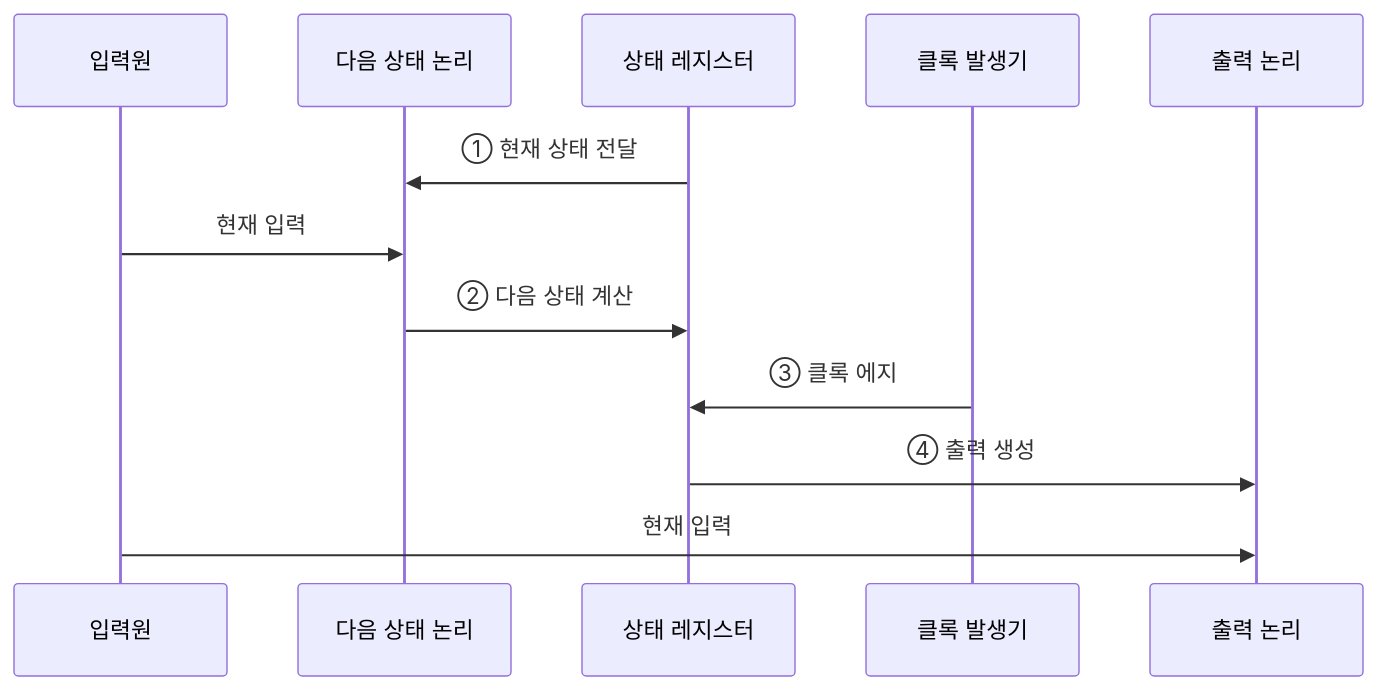
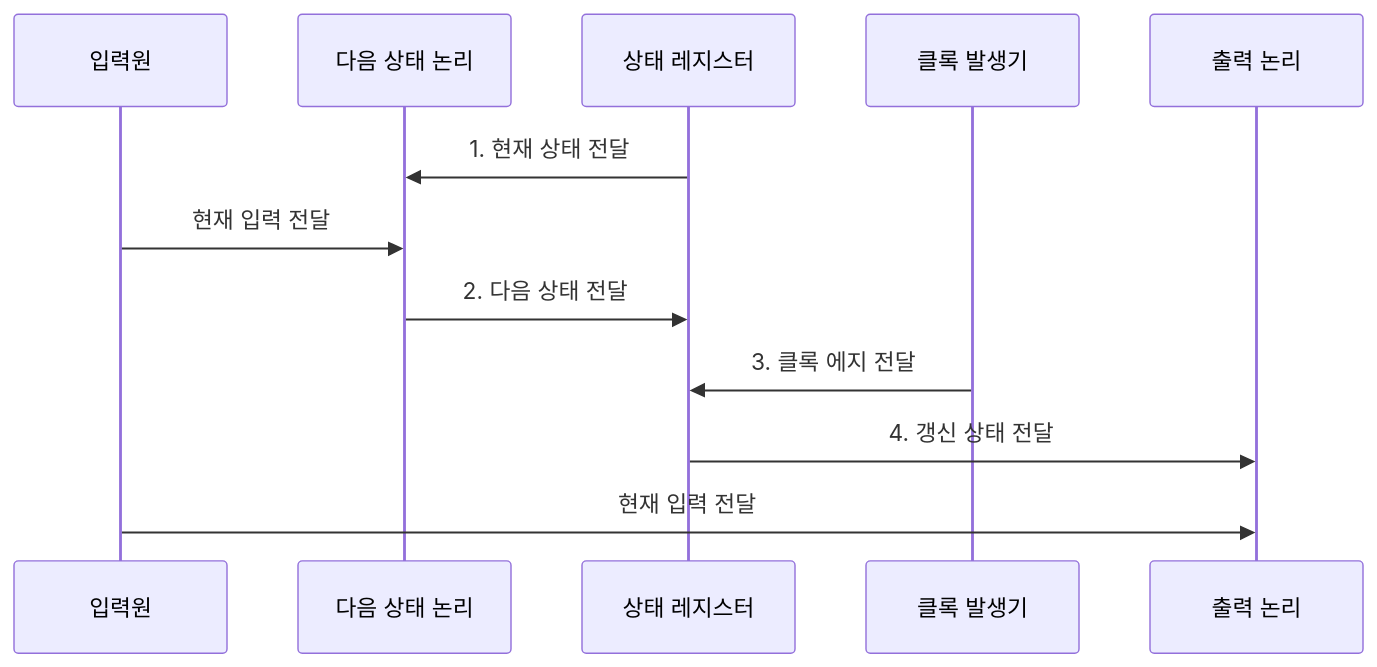
One commit to agnusdei1207/knowledge-base changed the second of 3 diagrams in src/content/docs/notes/01-basic-theory/027_sequential_logic.md. Above: the diagram before and after it, drawn with Mermaid. The commit also changed other lines of this file and 20 other files, not shown here.

````diff
--- a/src/content/docs/notes/01-basic-theory/027_sequential_logic.md
+++ b/src/content/docs/notes/01-basic-theory/027_sequential_logic.md
@@ -82,14 +80,14 @@
 ```mermaid
 sequenceDiagram
     participant I as 입력원
     participant N as 다음 상태 논리
     participant R as 상태 레지스터
     participant C as 클록 발생기
     participant O as 출력 논리
-    R->>N: ① 현재 상태 전달
-    I->>N: 현재 입력
-    N->>R: ② 다음 상태 계산
-    C->>R: ③ 클록 에지
-    R->>O: ④ 출력 생성
-    I->>O: 현재 입력
+    R->>N: 1. 현재 상태 전달
+    I->>N: 현재 입력 전달
+    N->>R: 2. 다음 상태 전달
+    C->>R: 3. 클록 에지 전달
+    R->>O: 4. 갱신 상태 전달
+    I->>O: 현재 입력 전달
 ```
````
